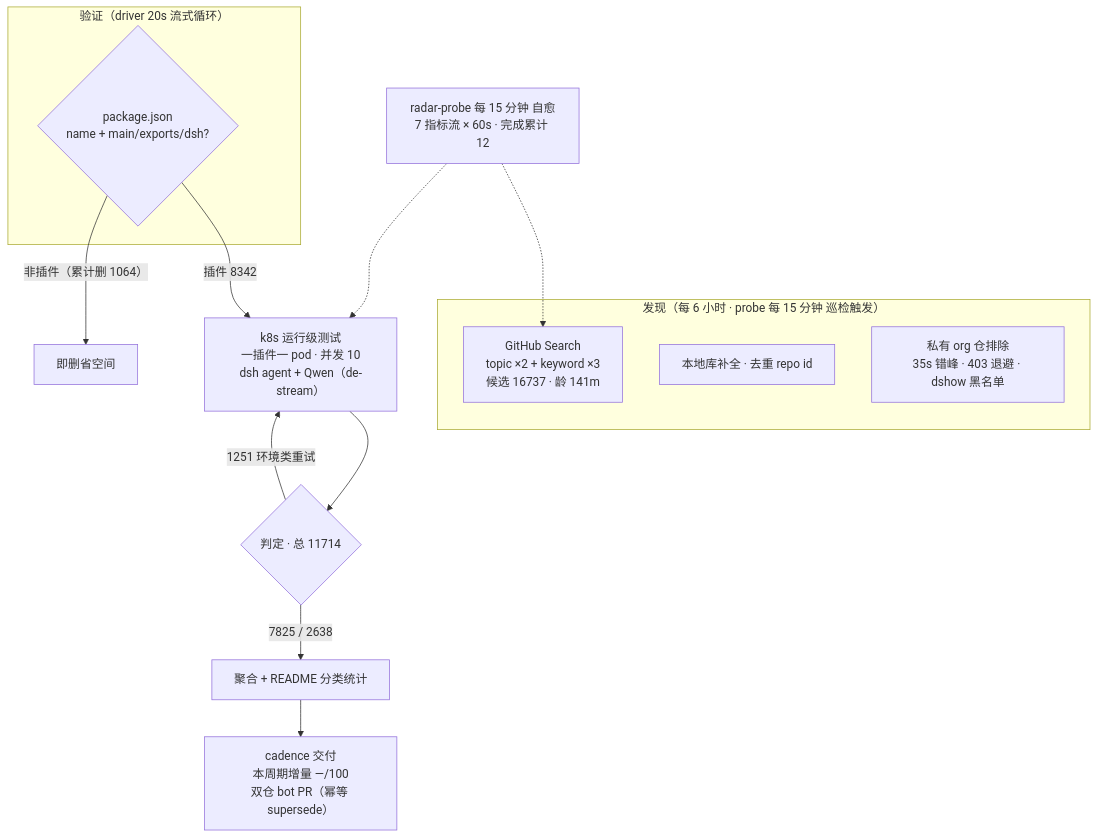
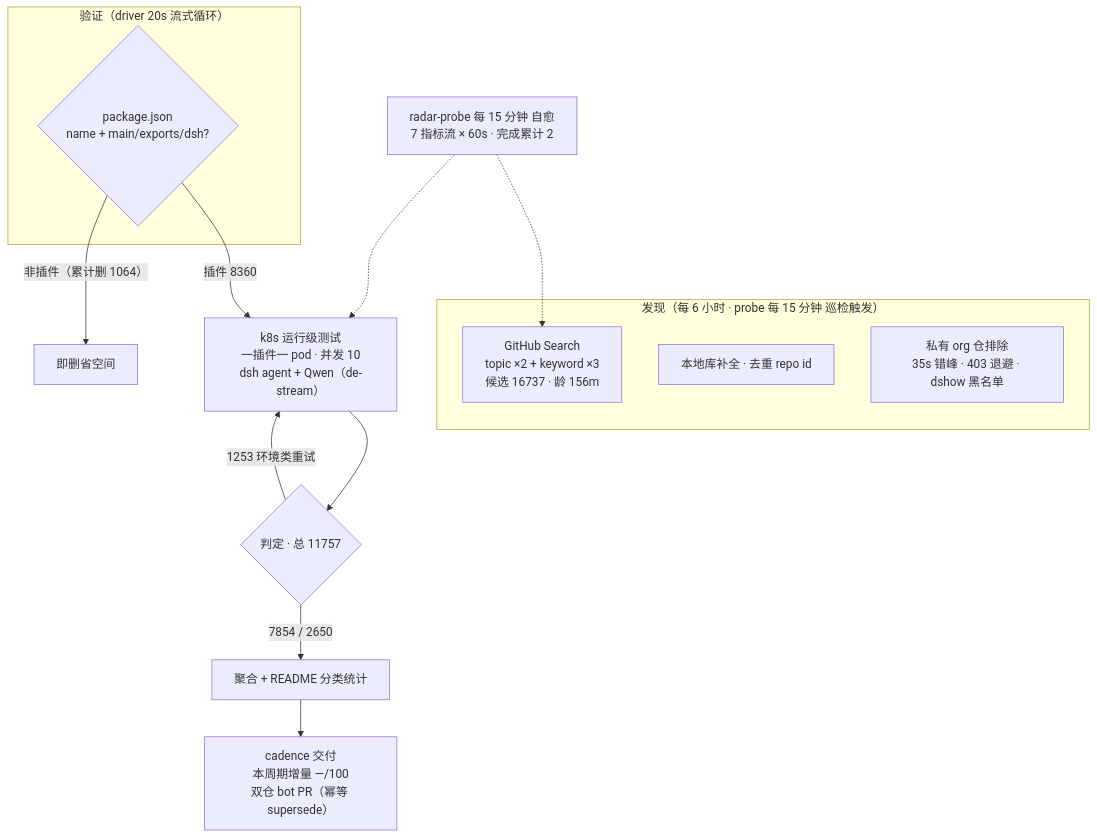
Before and after one commit to Zhidao-Lab-OSS/awesome-dsh-plugins: the diagram in README.md, drawn with Mermaid. The commit also changed other lines of this file and 1 other file, not shown here.

````diff
--- a/README.md
+++ b/README.md
@@ -52,20 +52,20 @@
 ```mermaid
 flowchart TB
     subgraph Discovery["发现（每 6 小时 · probe 每 15 分钟 巡检触发）"]
-        A1["GitHub Search<br/>topic ×2 + keyword ×3<br/>候选 16737 · 龄 141m"]
+        A1["GitHub Search<br/>topic ×2 + keyword ×3<br/>候选 16737 · 龄 156m"]
         A2["本地库补全 · 去重 repo id"]
         A3["私有 org 仓排除<br/>35s 错峰 · 403 退避 · dshow 黑名单"]
     end
     subgraph Validation["验证（driver 20s 流式循环）"]
         B1{"package.json<br/>name + main/exports/dsh?"}
     end
-    B1 -->|"插件 8342"| C1["k8s 运行级测试<br/>一插件一 pod · 并发 10<br/>dsh agent + Qwen（de-stream）"]
+    B1 -->|"插件 8360"| C1["k8s 运行级测试<br/>一插件一 pod · 并发 10<br/>dsh agent + Qwen（de-stream）"]
     B1 -->|"非插件（累计删 1064）"| B3["即删省空间"]
-    C1 --> D1{"判定 · 总 11714"}
-    D1 -->|"7825 / 2638"| E1["聚合 + README 分类统计"]
-    D1 -->|"1251 环境类重试"| C1
+    C1 --> D1{"判定 · 总 11757"}
+    D1 -->|"7854 / 2650"| E1["聚合 + README 分类统计"]
+    D1 -->|"1253 环境类重试"| C1
     E1 --> E2["cadence 交付<br/>本周期增量 —/100<br/>双仓 bot PR（幂等 supersede）"]
-    M["radar-probe 每 15 分钟 自愈<br/>7 指标流 × 60s · 完成累计 12"]
+    M["radar-probe 每 15 分钟 自愈<br/>7 指标流 × 60s · 完成累计 2"]
     M -.-> A1
     M -.-> C1
 ```
````
